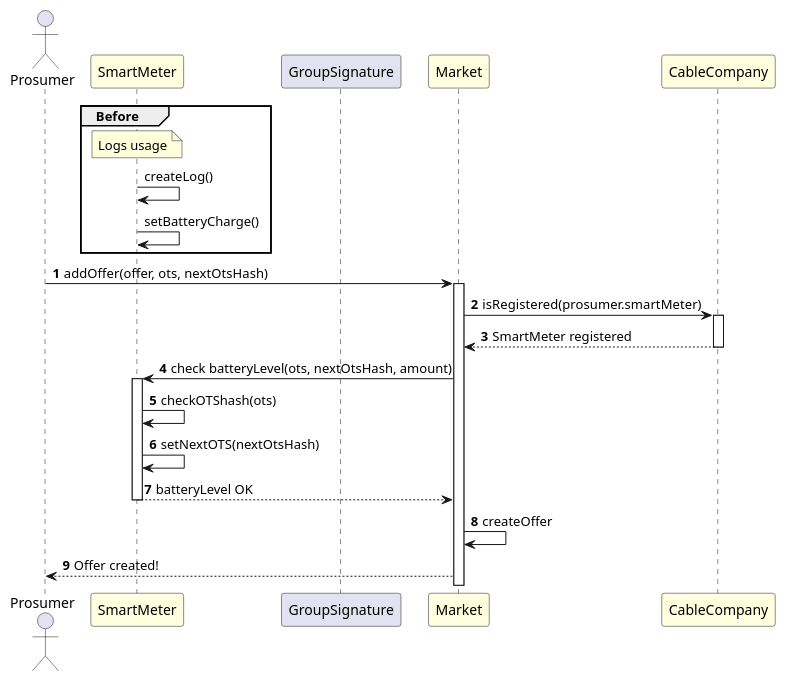
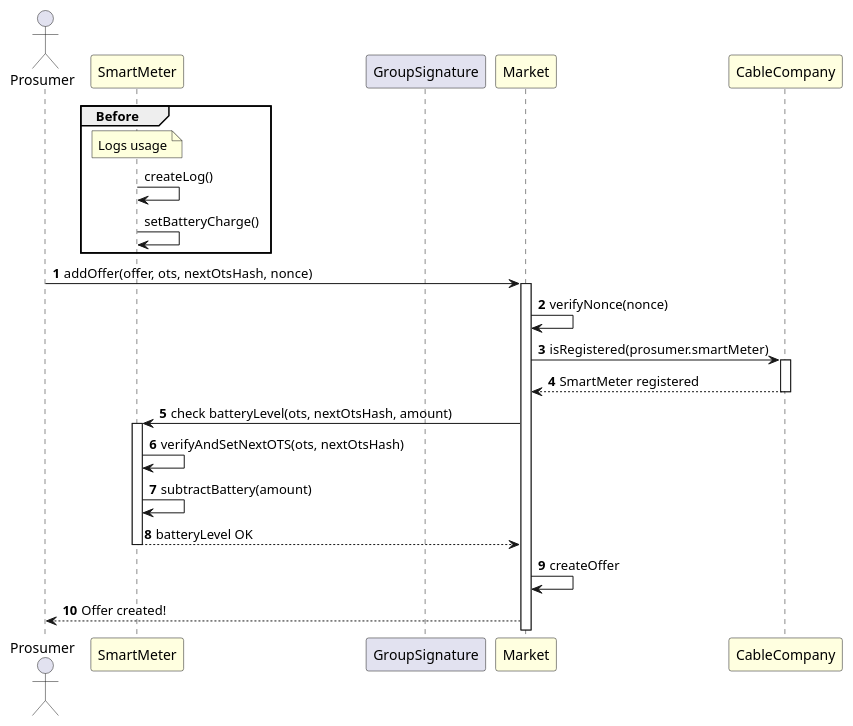
Before and after one commit to antonoeschmidt/SmartGridEmpowered: the diagram in docs/addOfferBlinding.puml, drawn with PlantUML.

```diff
--- a/docs/addOfferBlinding.puml
+++ b/docs/addOfferBlinding.puml
@@ -1,29 +1,30 @@
 @startuml AddOffer
 actor Prosumer
 participant SmartMeter #LightYellow
 participant GroupSignature
 participant Market #LightYellow
 participant CableCompany #LightYellow
 
 group Before
     note over SmartMeter: Logs usage
     SmartMeter -> SmartMeter: createLog()
 
     SmartMeter -> SmartMeter: setBatteryCharge()
 end group
 
 autonumber
-Prosumer -> Market ++: addOffer(offer, ots, nextOtsHash)
+Prosumer -> Market ++: addOffer(offer, ots, nextOtsHash, nonce)
+Market -> Market: verifyNonce(nonce)
 
 Market -> CableCompany ++: isRegistered(prosumer.smartMeter)
 CableCompany --> Market --: SmartMeter registered
 
 Market -> SmartMeter ++: check batteryLevel(ots, nextOtsHash, amount)
-SmartMeter -> SmartMeter: checkOTShash(ots)
-SmartMeter -> SmartMeter: setNextOTS(nextOtsHash)
+SmartMeter -> SmartMeter: verifyAndSetNextOTS(ots, nextOtsHash)
+SmartMeter -> SmartMeter: subtractBattery(amount)
 SmartMeter --> Market --: batteryLevel OK
 
 Market -> Market: createOffer
 
 Market --> Prosumer: Offer created!
 @enduml
```
